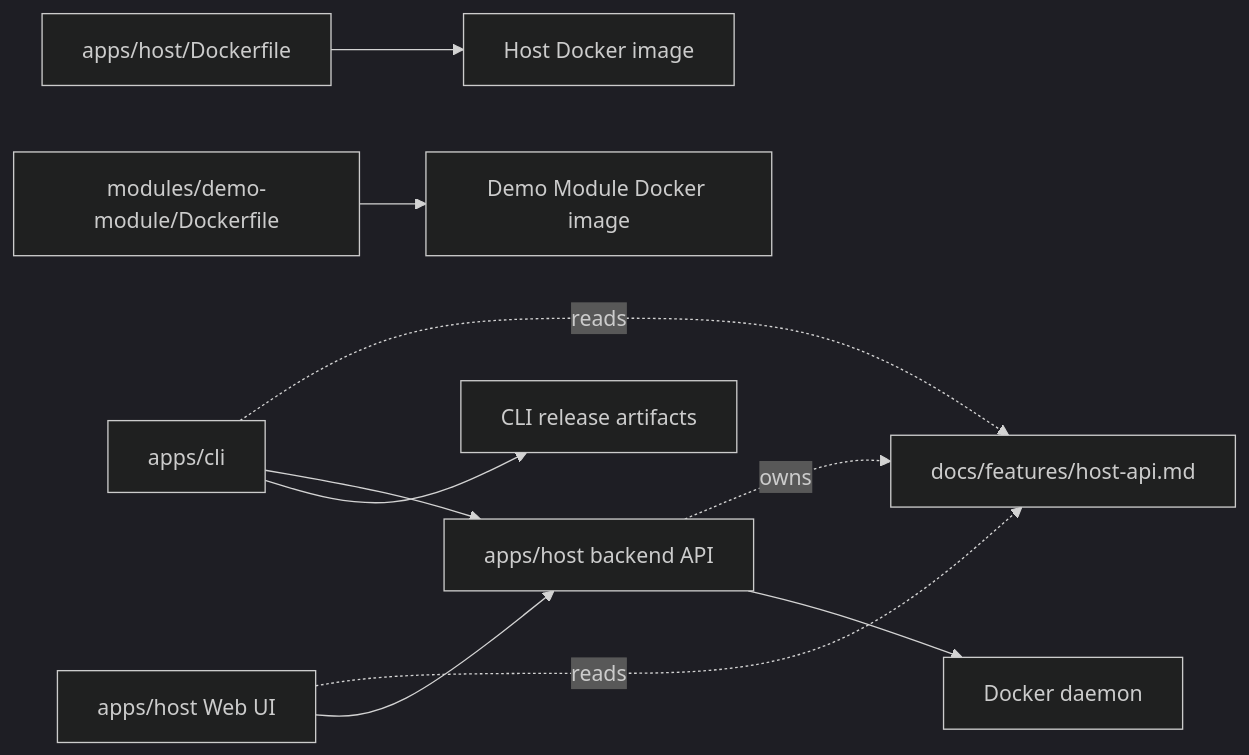
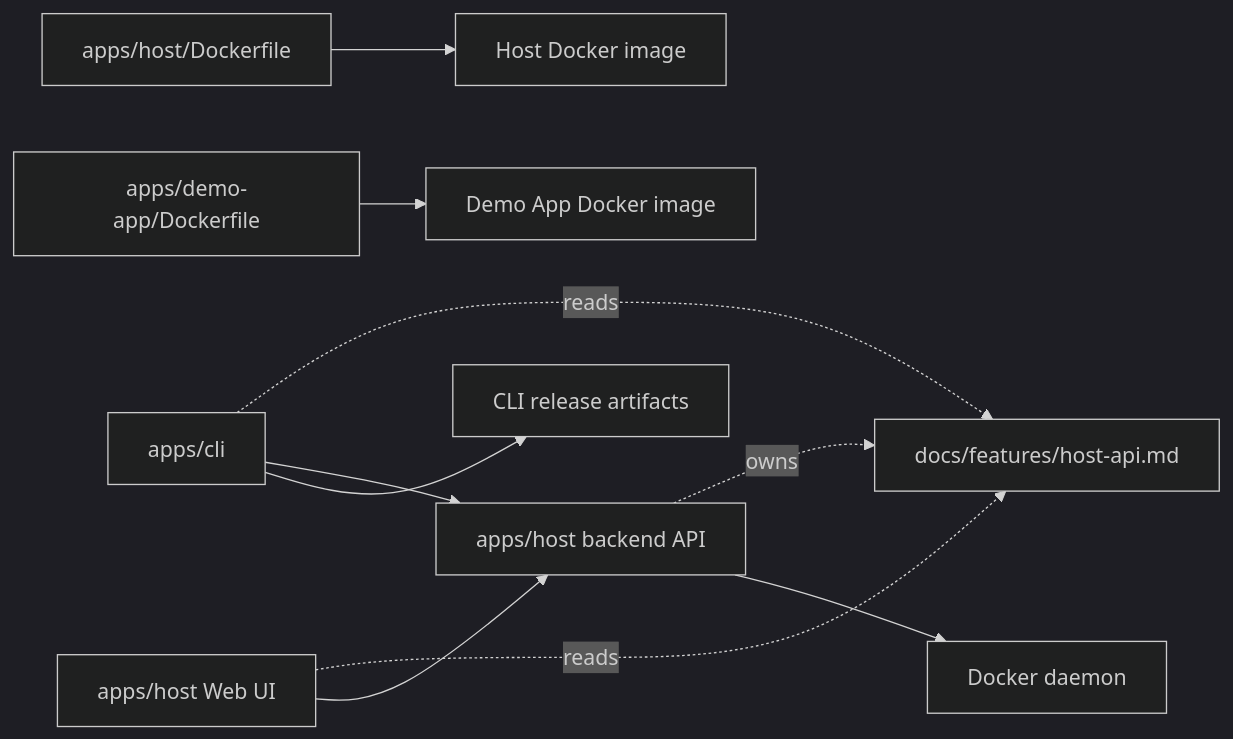
The diagram in docs/features/repository-release-model.md (alex-de-haas/docker-host), drawn with Mermaid (dark theme) before and after one commit. The commit also changed other lines of this file and 30 other files, not shown here.

Commit message:
Complete Stage 2 runtime profiles and Demo App migration

````diff
--- a/docs/features/repository-release-model.md
+++ b/docs/features/repository-release-model.md
@@ -54,12 +59,12 @@
 ```mermaid
 flowchart LR
   A["apps/cli"] -. reads .-> B["docs/features/host-api.md"]
   C["apps/host Web UI"] -. reads .-> B
   D["apps/host backend API"] -. owns .-> B
   C --> D
   A --> D
   D --> E["Docker daemon"]
   F["apps/host/Dockerfile"] --> G["Host Docker image"]
-  I["modules/demo-module/Dockerfile"] --> J["Demo Module Docker image"]
+  I["apps/demo-app/Dockerfile"] --> J["Demo App Docker image"]
   A --> H["CLI release artifacts"]
 ```
````
